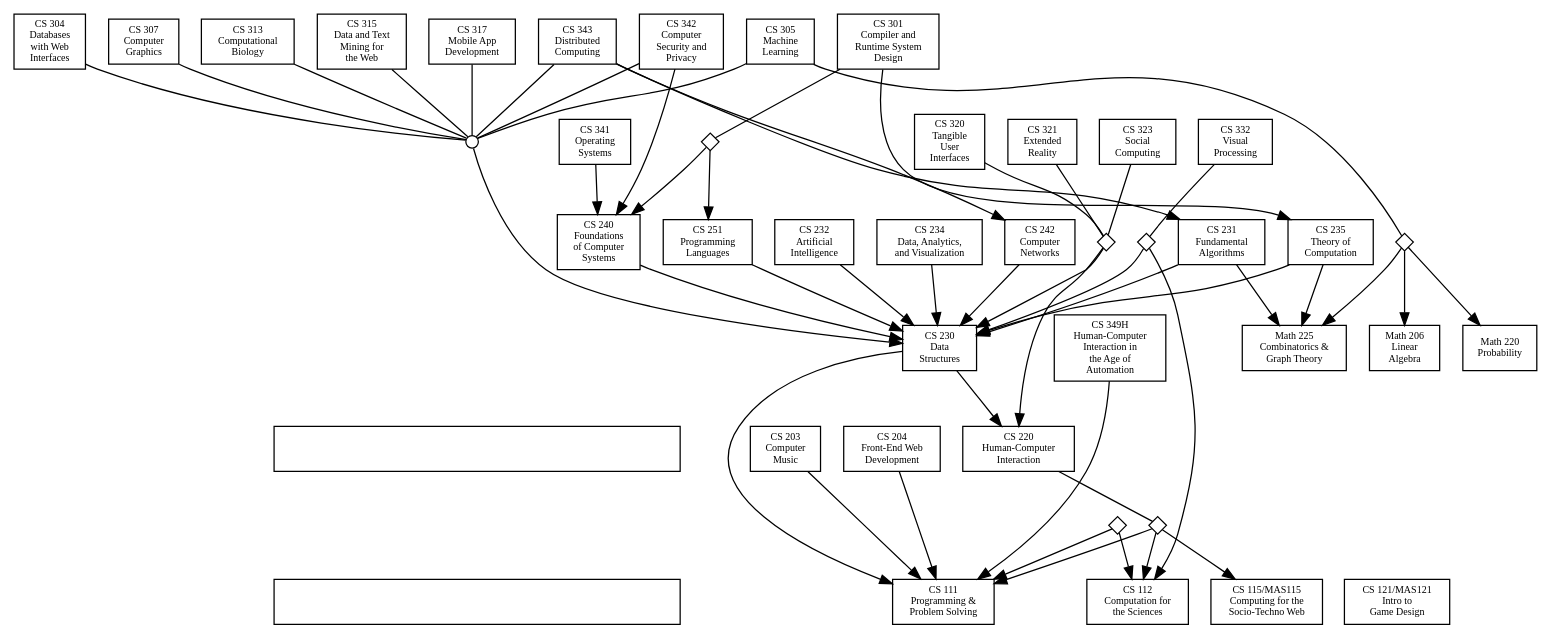
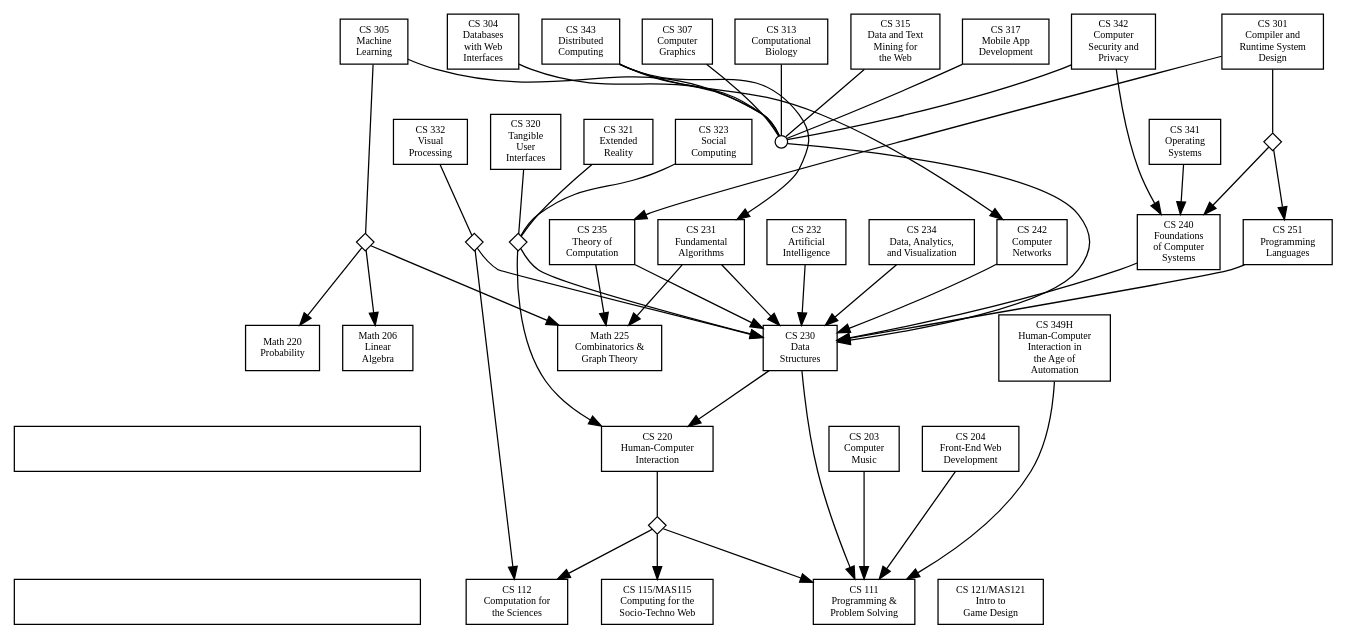
Before and after one commit to solsword/prereqs: the diagram in prereqs.dot, drawn with Graphviz. The commit also changed 3 other files, not shown here.

First line of the commit message:
Removed spurious 240 pre-req, resulting in a drastically different graph layout!

```diff
--- a/prereqs.dot
+++ b/prereqs.dot
@@ -1,133 +1,131 @@
 digraph Course_Prerequisites {
   // Default properties for every node
   node [shape="rectangle", fontsize="8", style="filled", fillcolor="white"];
 
   // Node for the descriptions to be placed into
   desctop [label="", class="desc-top", width=4.5]
   descbot [label="", class="desc-bot", width=4.5]
   desctop -> descbot [style="invis"]
 
   // Nodes (classes plus grouping nodes)
   cs111 [label="CS 111\nProgramming &\nProblem Solving", class="core intro"]
   cs112 [label="CS 112\nComputation for\nthe Sciences", class="intro"]
   cs115 [label="CS 115/MAS115\nComputing for the\nSocio-Techno Web", class="intro"]
   cs121 [label="CS 121/MAS121\nIntro to\nGame Design", class="intro"]
 
   cs230 [label="CS 230\nData\nStructures", class="core"]
   cs230up [label="", shape="circle", width="0.14", height="0.14", class="group"]
   cs240 [label="CS 240\nFoundations\nof Computer\nSystems", class="core"]
-  cs111or112 [label="", shape="diamond", width="0.2", height="0.2", class="opt"]
   cs231 [label="CS 231\nFundamental\nAlgorithms", class="core"]
   cs235 [label="CS 235\nTheory of\nComputation", class="core"]
   cs251 [label="CS 251\nProgramming\nLanguages", class="core"] 
   cs230 -> cs220 [class="invisible"]
 
   math225 [label="Math 225\nCombinatorics &\nGraph Theory", class="math required"]
   math206 [label="Math 206\nLinear\nAlgebra", class="math"]
   math220 [label="Math 220\nProbability", class="math"]
 
   cs203 [label="CS 203\nComputer\nMusic", class="elective spring"]
   cs204 [label="CS 204\nFront-End Web\nDevelopment", class="elective fall"]
   cs220 [label="CS 220\nHuman-Computer\nInteraction", class="elective"]
   cs111or112or115 [label="", shape="diamond", width="0.2", height="0.2", class="opt"]
   cs232 [label="CS 232\nArtificial\nIntelligence", class="elective spring"]
   cs234 [label="CS 234\nData, Analytics,\nand Visualization", class="elective fall"]
   cs242 [label="CS 242\nComputer\nNetworks", class="elective fall"]
 
   cs301 [label="CS 301\nCompiler and\nRuntime System\nDesign", class="elective spring"]
   cs240or251 [label="", shape="diamond", width="0.2", height="0.2", class="opt"]
   cs304 [label="CS 304\nDatabases\nwith Web\nInterfaces", class="elective"]
   cs305 [label="CS 305\nMachine\nLearning", class="elective notoffered"]
   math225or206or220 [label="", shape="diamond", width="0.2", height="0.2", class="opt"]
   cs307 [label="CS 307\nComputer\nGraphics", class="elective spring"]
   cs313 [label="CS 313\nComputational\nBiology", class="elective notoffered"]
   cs315 [label="CS 315\nData and Text\nMining for\nthe Web", class="elective fall"]
   cs317 [label="CS 317\nMobile App\nDevelopment", class="elective spring"]
   cs230or220 [label="", shape="diamond", width="0.2", height="0.2", class="opt"]
   cs320 [label="CS 320\nTangible\nUser\nInterfaces", class="elective fall"]
   cs321 [label="CS 321\nExtended\nReality", class="elective spring"]
   cs323 [label="CS 323\nSocial\nComputing", class="elective notoffered"]
 
   cs332 [label="CS 332\nVisual\nProcessing", class="elective fall"]
   cs112or230 [label="", shape="diamond", width="0.2", height="0.2", class="opt"]
   cs341 [label="CS 341\nOperating\nSystems", class="elective fall"]
   cs342 [label="CS 342\nComputer\nSecurity and\nPrivacy", class="elective fall"]
   cs343 [label="CS 343\nDistributed\nComputing", class="elective notoffered"]
   cs349H [label="CS 349H\nHuman-Computer\nInteraction in\nthe Age of\nAutomation", class="elective spring"]
 
   // Arrangement of the nodes into rank groups
   {rank=same cs111 cs112 cs115 cs121 descbot}
 
   {rank=same cs203 cs204 cs220 desctop}
 
   {rank=same
     cs230
     math206 math220 math225
     cs349H
   }
 
   {rank=same
     cs240
     cs231 cs235 cs251
     cs232 cs234 cs242
   }
 
   {rank=same
     cs301
     cs317
 
     cs304 cs305 cs307
     cs313 cs315
     cs342 cs343
   }
 
   {rank=same
     cs320 cs321 cs323
     cs332
     cs341
   }
 
   // Edges (course prerequisites)
   // In some ca
   cs203 -> cs111
   cs204 -> cs111
   cs220 -> cs111or112or115 [arrowhead="none", class="options"]
   cs111or112or115 -> { cs111, cs112, cs115 } [class="option"]
 
   cs230 -> cs111
   cs230up -> cs230
   cs240 -> cs230
-  cs111or112 -> { cs111, cs112 } [class="option"]
   cs231 -> { cs230, math225 }
   cs235 -> { cs230, math225 }
   cs251 -> cs230
 
   cs232 -> cs230
   cs234 -> cs230
   cs242 -> cs230
 
   cs301 -> cs240or251 [arrowhead="none", class="options"]
   cs240or251 -> { cs240, cs251 } [class="option"]
   cs301 -> cs235 [class="recommended" constraint=false]
   cs304 -> cs230up [arrowhead="none", class="grouping"]
   cs305 -> cs230up [arrowhead="none", class="grouping"]
   cs305 -> math225or206or220 [arrowhead="none", class="options"]
   math225or206or220 -> { math225, math206, math220 } [class="option"]
   cs307 -> cs230up [arrowhead="none", class="grouping"]
   cs317 -> cs230up [arrowhead="none", class="grouping"]
 
   cs313 -> cs230up [arrowhead="none", class="grouping"]
   cs315 -> cs230up [arrowhead="none", class="grouping"]
   cs320 -> cs230or220 [arrowhead="none", class="options"]
   cs230or220 -> { cs220, cs230 } [class="option"]
   cs321 -> cs230or220 [arrowhead="none", class="options"]
   cs323 -> cs230or220 [arrowhead="none", class="options"]
   cs332 -> cs112or230 [arrowhead="none", class="options"]
   cs112or230 -> { cs112, cs230 } [class="option"]
   cs341 -> cs240
   cs342 -> cs230up [arrowhead="none", class="grouping"]
   cs342 -> cs240
   cs343 -> cs230up [arrowhead="none", class="grouping"]
   cs343 -> { cs231, cs242 } [class="recommended" constraint=false]
   cs349H -> cs111 // Much more complicated than this!
 }
```
